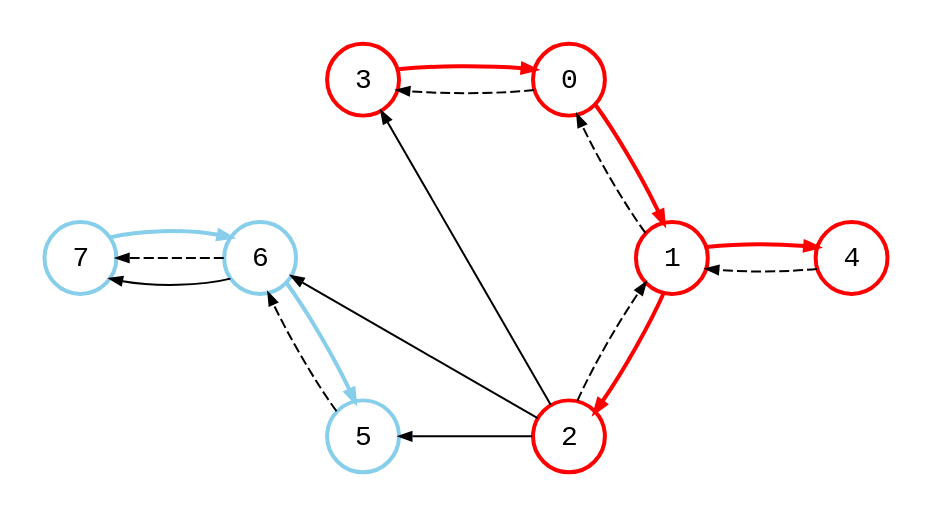
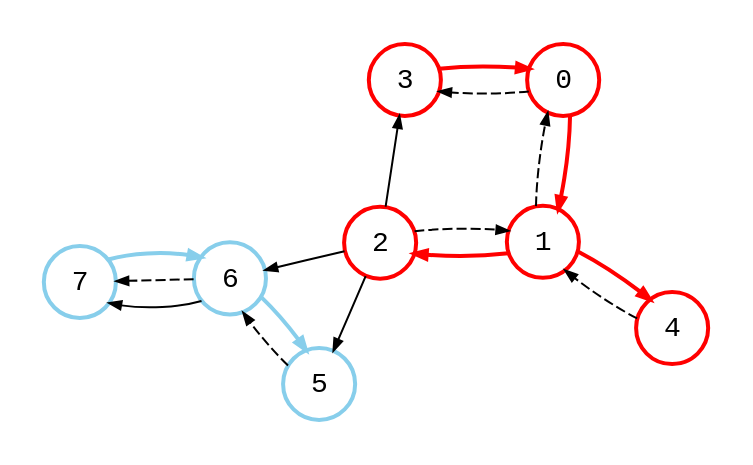
The diagram in src/bfs_pred_predecessors_multi_source_1-0.87.4.dot (bsdrks/graaf-images), drawn with Graphviz before and after one commit. The commit also changed 69 other files, not shown here.

```diff
--- a/src/bfs_pred_predecessors_multi_source_1-0.87.4.dot
+++ b/src/bfs_pred_predecessors_multi_source_1-0.87.4.dot
@@ -1,135 +1,135 @@
 digraph {
     node [shape=circle, fontname="monospace", style=bold, fixedsize=true, width="0.5"];
     edge [arrowsize=0.6, fontname="monospace", fontsize=9];
-    layout=circo;
+    layout=neato;
+    mode="sgd";
+    maxiter=200000;
     scale=1.0;
     normalize=true;
     pad=0.2;
     splines=line;
 
     3, 0, 1, 2, 4 [style="bold"; color=red];
     7, 6, 5 [style=bold; color=skyblue];
 
     0 [
         label=<
             <table border="0" cellpadding="1" cellspacing="0">
                 <tr>
                     <td>0</td>
                 </tr>
             </table>
         >,
         color=red,
         style=bold
     ];
 
     1 [
         label=<
             <table border="0" cellpadding="1" cellspacing="0">
                 <tr>
                     <td>1</td>
                 </tr>
             </table>
         >,
         color=red,
         style=bold
     ];
 
     2 [
         label=<
             <table border="0" cellpadding="1" cellspacing="0">
                 <tr>
                     <td>2</td>
                 </tr>
             </table>
         >,
     ];
 
     3 [
         label=<
             <table border="0" cellpadding="1" cellspacing="0">
                 <tr>
                     <td>3</td>
                 </tr>
             </table>
         >,
     ];
 
     4 [
         label=<
             <table border="0" cellpadding="1" cellspacing="0">
                 <tr>
                     <td>4</td>
                 </tr>
             </table>
         >,
     ];
 
     5 [
         label=<
             <table border="0" cellpadding="1" cellspacing="0">
                 <tr>
                     <td>5</td>
                 </tr>
             </table>
         >,
     ];
 
     6 [
         label=<
             <table border="0" cellpadding="1" cellspacing="0">
                 <tr>
                     <td>6</td>
                 </tr>
             </table>
         >,
     ];
 
     7 [
         label=<
             <table border="0" cellpadding="1" cellspacing="0">
                 <tr>
                     <td>7</td>
                 </tr>
             </table>
         >,
     ];
 
 
 
     3 -> 0 [
         style=bold;
         color=red;
     ];
 
     0 -> 1 [style=bold; color=red];
 
     1 -> 2 [style=bold; color=red];
 
     1 -> 4 [style=bold; color=red];
 
     2 -> 3 [color="#bbb"];
 
     2 -> 5 [color="#bbb"];
 
     2 -> 6 [color="#bbb"];
 
     6 -> 5 [style=bold; color=skyblue];
 
     6 -> 7 [color="#bbb"];
 
     7 -> 6 [style=bold; color=skyblue];
 
-    1 -> 5 [style=invis];
-
     6 -> 7 [style=dashed];
 
     5 -> 6 [style=dashed];
 
     2 -> 1 [style=dashed];
 
     4 -> 1 [style=dashed];
 
     1 -> 0 [style=dashed];
 
     0 -> 3 [style=dashed];
 }
```
